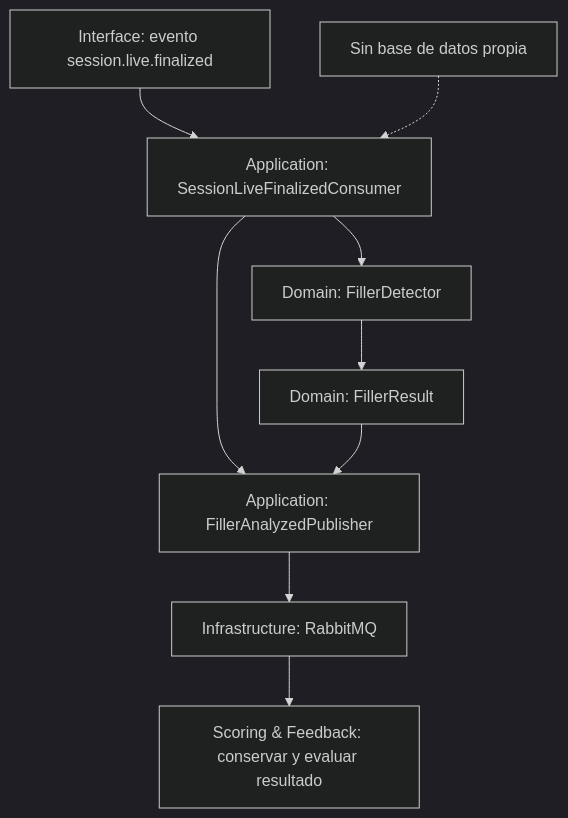
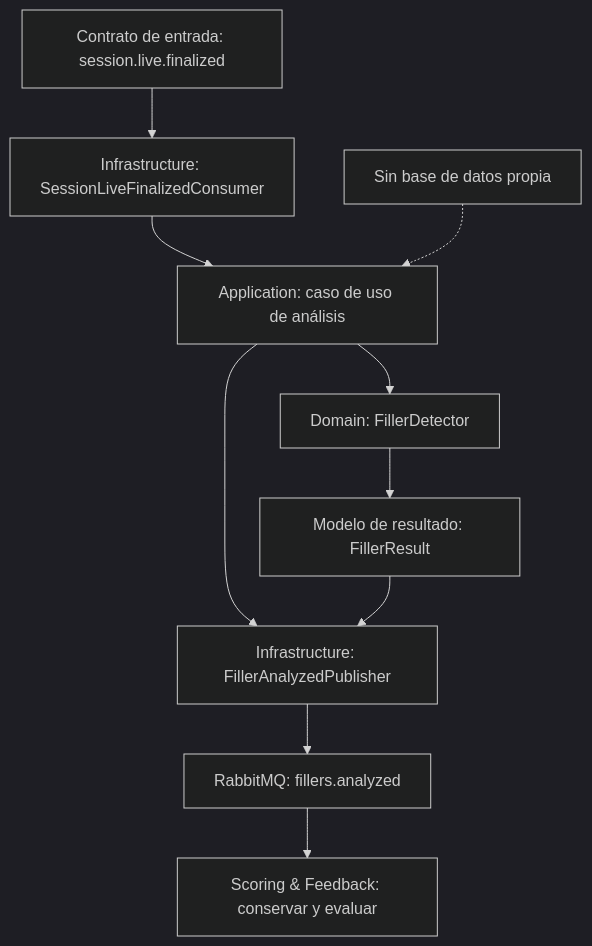
One commit to upc-pre-202620-si728-16365-thropic/talki-project-report changed the diagram in assets/diagrams/tactical/02-speech-analysis-components.mmd. Above: the diagram before and after it, drawn with Mermaid (dark theme). The commit also changed 23 other files, not shown here.

```diff
--- a/assets/diagrams/tactical/02-speech-analysis-components.mmd
+++ b/assets/diagrams/tactical/02-speech-analysis-components.mmd
@@ -1,9 +1,10 @@
 flowchart TB
-  input["Interface: evento session.live.finalized"] --> app["Application: SessionLiveFinalizedConsumer"]
+  input["Contrato de entrada: session.live.finalized"] --> listener["Infrastructure: SessionLiveFinalizedConsumer"]
+  listener --> app["Application: caso de uso de análisis"]
   app --> detector["Domain: FillerDetector"]
-  detector --> result["Domain: FillerResult"]
-  app --> publisher["Application: FillerAnalyzedPublisher"]
+  detector --> result["Modelo de resultado: FillerResult"]
+  app --> publisher["Infrastructure: FillerAnalyzedPublisher"]
   result --> publisher
-  publisher --> broker["Infrastructure: RabbitMQ"]
-  broker --> scoring["Scoring & Feedback: conservar y evaluar resultado"]
+  publisher --> broker["RabbitMQ: fillers.analyzed"]
+  broker --> scoring["Scoring & Feedback: conservar y evaluar"]
   note["Sin base de datos propia"] -.-> app
```
